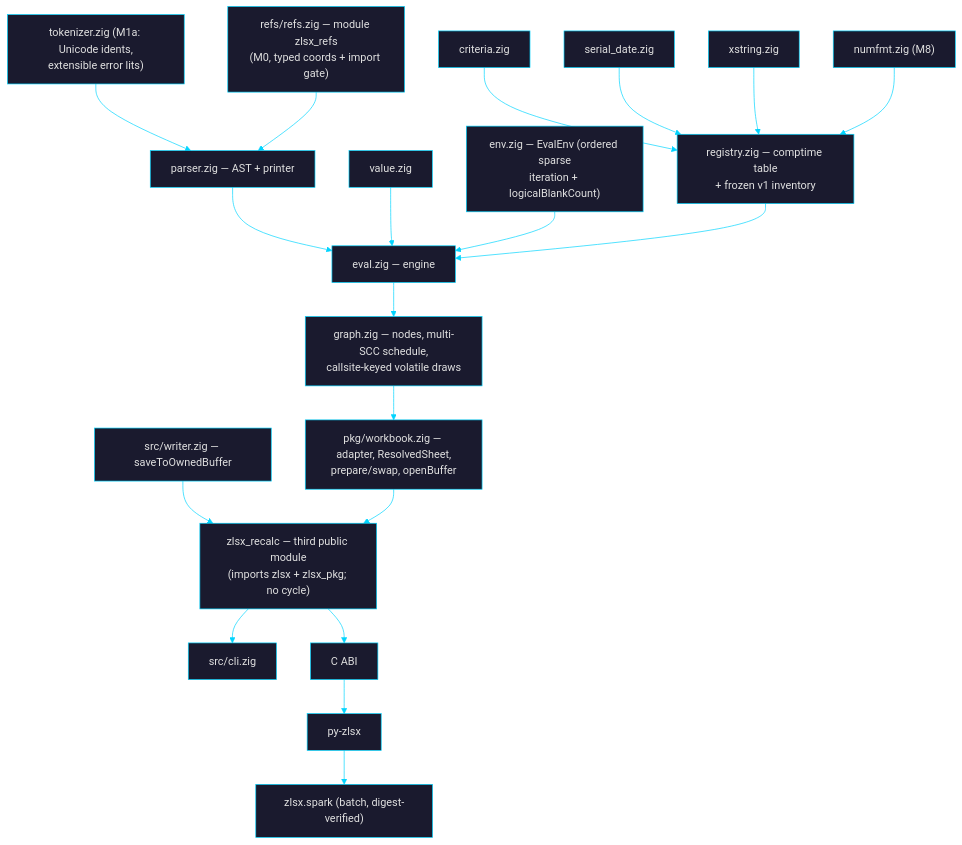
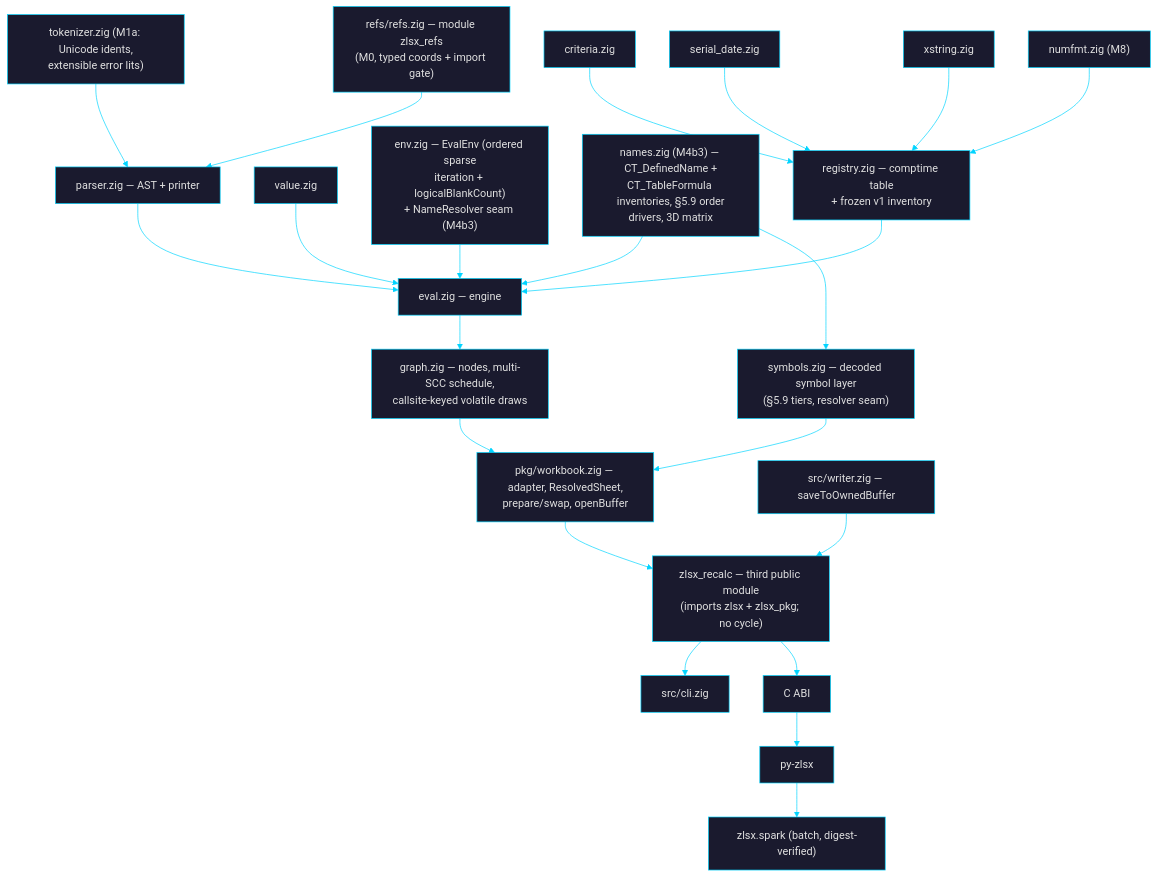
The diagram in goal_formula.md (laurentfabre/zlsx), drawn with Mermaid before and after one commit. The commit also changed other lines of this file and 7 other files, not shown here.

````diff
--- a/goal_formula.md
+++ b/goal_formula.md
@@ -149,21 +149,24 @@
 ```mermaid
 %%{init: {'theme': 'base', 'themeVariables': {'primaryColor': '#1a1a2e', 'primaryTextColor': '#e0e0e0', 'primaryBorderColor': '#00d4ff', 'lineColor': '#00d4ff', 'secondaryColor': '#16213e', 'tertiaryColor': '#0f3460', 'fontFamily': 'monospace'}}}%%
 graph TD
     TOK["tokenizer.zig (M1a: Unicode idents,<br/>extensible error lits)"] --> PARSE["parser.zig — AST + printer"]
     REFS["refs/refs.zig — module zlsx_refs<br/>(M0, typed coords + import gate)"] --> PARSE
     PARSE --> EVAL["eval.zig — engine"]
     VAL["value.zig"] --> EVAL
-    ENV["env.zig — EvalEnv (ordered sparse<br/>iteration + logicalBlankCount)"] --> EVAL
+    ENV["env.zig — EvalEnv (ordered sparse<br/>iteration + logicalBlankCount)<br/>+ NameResolver seam (M4b3)"] --> EVAL
+    NAMES["names.zig (M4b3) — CT_DefinedName +<br/>CT_TableFormula inventories, §5.9 order<br/>drivers, 3D matrix"] --> EVAL
+    NAMES --> SYM["symbols.zig — decoded symbol layer<br/>(§5.9 tiers, resolver seam)"]
+    SYM --> WB
     CRIT["criteria.zig"] --> FN["registry.zig — comptime table<br/>+ frozen v1 inventory"]
     SDATE["serial_date.zig"] --> FN
     XSTR["xstring.zig"] --> FN
     NUMFMT["numfmt.zig (M8)"] --> FN
     FN --> EVAL
     EVAL --> GRAPH["graph.zig — nodes, multi-SCC schedule,<br/>callsite-keyed volatile draws"]
     GRAPH --> WB["pkg/workbook.zig — adapter, ResolvedSheet,<br/>prepare/swap, openBuffer"]
     WRT["src/writer.zig — saveToOwnedBuffer"] --> ORCH
     WB --> ORCH["zlsx_recalc — third public module<br/>(imports zlsx + zlsx_pkg; no cycle)"]
     ORCH --> CLI["src/cli.zig"]
     ORCH --> CABI["C ABI"]
     CABI --> PY["py-zlsx"] --> SPARK["zlsx.spark (batch, digest-verified)"]
 ```
````
